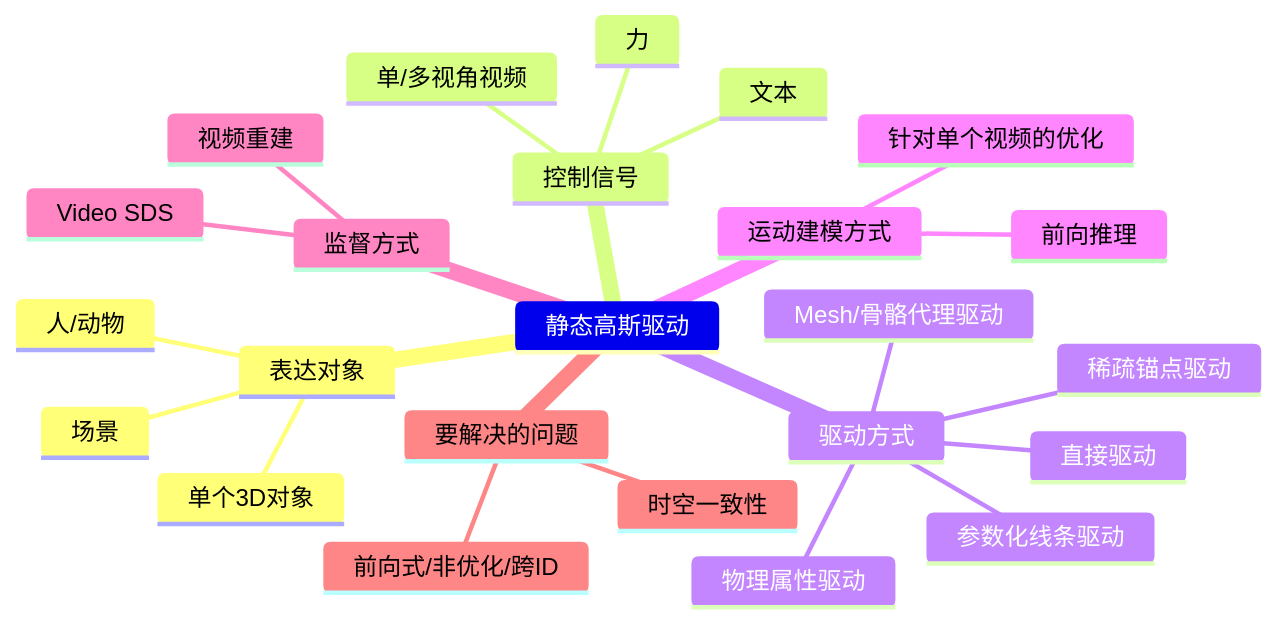
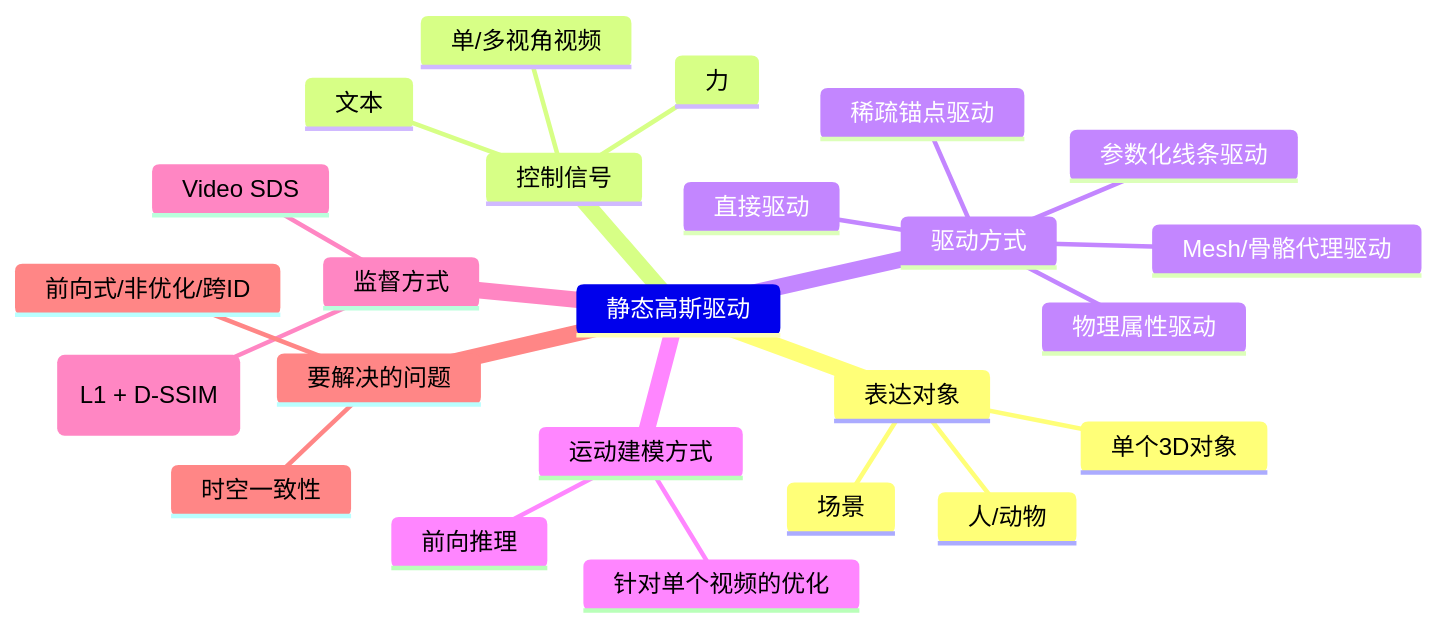
One commit to CaterpillarStudyGroup/ImportantArticles changed the fifth of 5 diagrams in src/3DGSAnimation/Static.md. Above: the diagram before and after it, drawn with Mermaid. The commit also changed other lines of this file and 2 other files, not shown here.

````diff
--- a/src/3DGSAnimation/Static.md
+++ b/src/3DGSAnimation/Static.md
@@ -91,27 +93,27 @@
 ```mermaid
 mindmap
 静态高斯驱动
     表达对象
         场景
         单个3D对象
         人/动物
     控制信号
         单/多视角视频
         文本
         力
     驱动方式
         直接驱动
         Mesh/骨骼代理驱动
         参数化线条驱动
         物理属性驱动
         稀疏锚点驱动
     运动建模方式
         针对单个视频的优化
         前向推理
     监督方式
         Video SDS
-        视频重建
+        视频重建(L1 + D-SSIM)
     要解决的问题
         时空一致性
         前向式/非优化/跨ID
 ```
````
